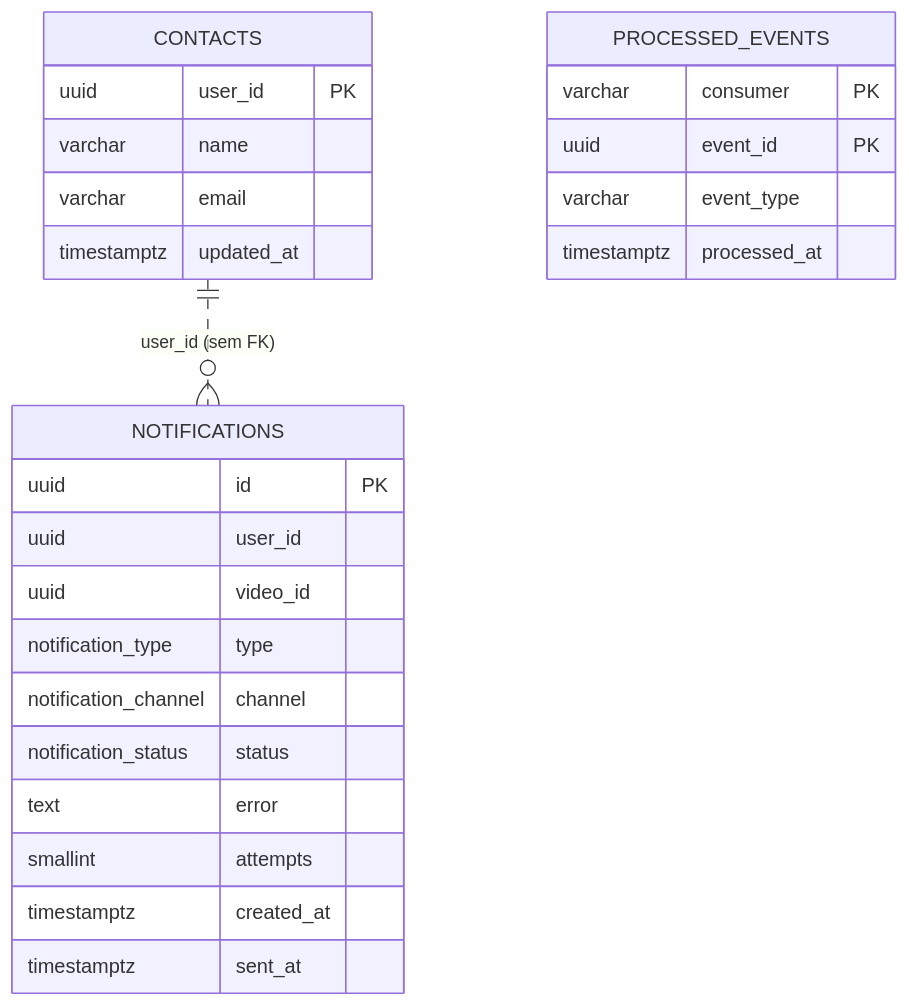
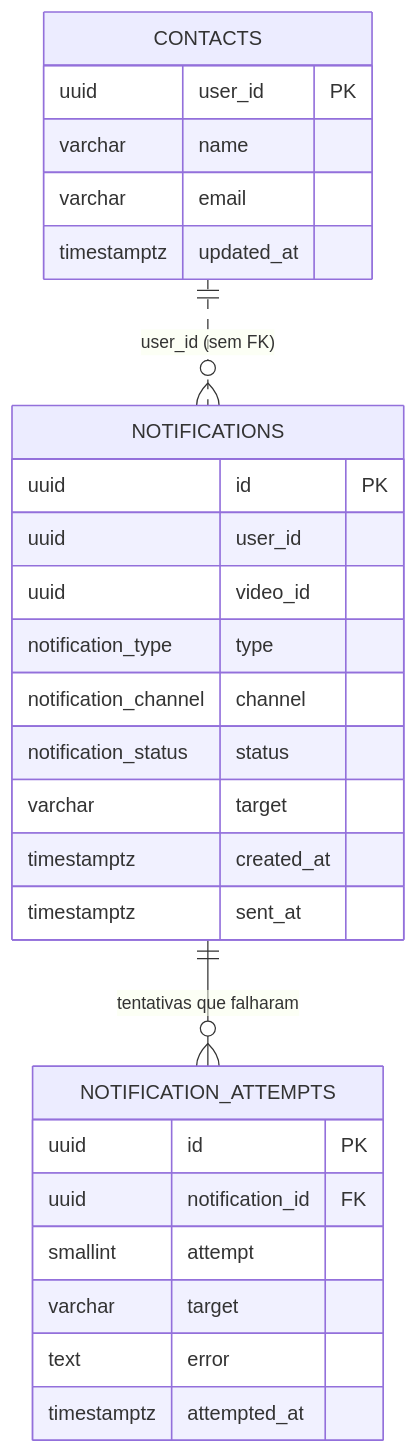
Before and after one commit to knzt/zipframes: the third of 3 diagrams in docs/data/modelagem-de-dados.md, drawn with Mermaid. The commit also changed other lines of this file and 2 other files, not shown here.

````diff
--- a/docs/data/modelagem-de-dados.md
+++ b/docs/data/modelagem-de-dados.md
@@ -263,28 +264,30 @@
 ```mermaid
 erDiagram
   CONTACTS {
     uuid user_id PK
     varchar name
     varchar email
     timestamptz updated_at
   }
   NOTIFICATIONS {
     uuid id PK
     uuid user_id
     uuid video_id
     notification_type type
     notification_channel channel
     notification_status status
-    text error
-    smallint attempts
+    varchar target
     timestamptz created_at
     timestamptz sent_at
   }
-  PROCESSED_EVENTS {
-    varchar consumer PK
-    uuid event_id PK
-    varchar event_type
-    timestamptz processed_at
+  NOTIFICATION_ATTEMPTS {
+    uuid id PK
+    uuid notification_id FK
+    smallint attempt
+    varchar target
+    text error
+    timestamptz attempted_at
   }
   CONTACTS ||..o{ NOTIFICATIONS : "user_id (sem FK)"
+  NOTIFICATIONS ||--o{ NOTIFICATION_ATTEMPTS : "tentativas que falharam"
 ```
````
